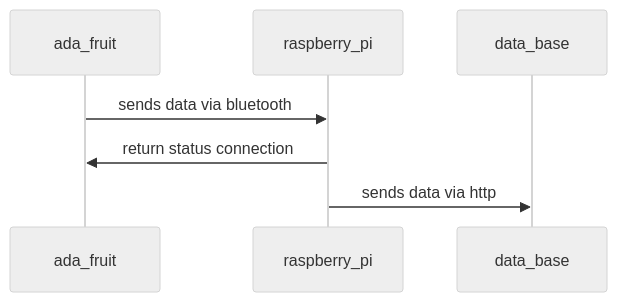
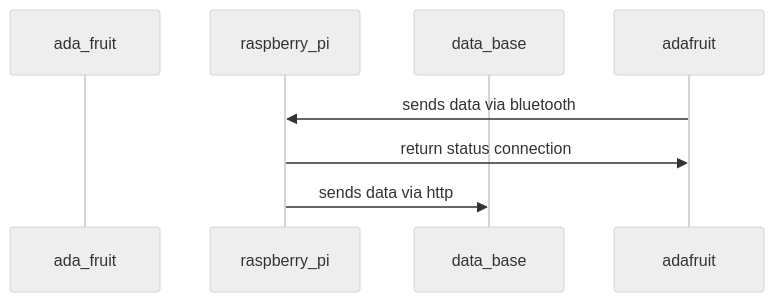
Before and after one commit to nicolarohner1337/smartclassroom: the diagram in abgabe_bericht/software_module_sequenzdiagramme/mainUnit.md, drawn with Mermaid (neutral theme).

````diff
--- a/abgabe_bericht/software_module_sequenzdiagramme/mainUnit.md
+++ b/abgabe_bericht/software_module_sequenzdiagramme/mainUnit.md
@@ -2,9 +2,9 @@
 ```mermaid
 sequenceDiagram
     participant ada_fruit
     participant raspberry_pi
     participant data_base
-    ada_fruit->>raspberry_pi: sends data via bluetooth
-    raspberry_pi->>ada_fruit: return status connection
+    adafruit->>raspberry_pi: sends data via bluetooth
+    raspberry_pi->>adafruit: return status connection
     raspberry_pi->>data_base: sends data via http
 ```
````
